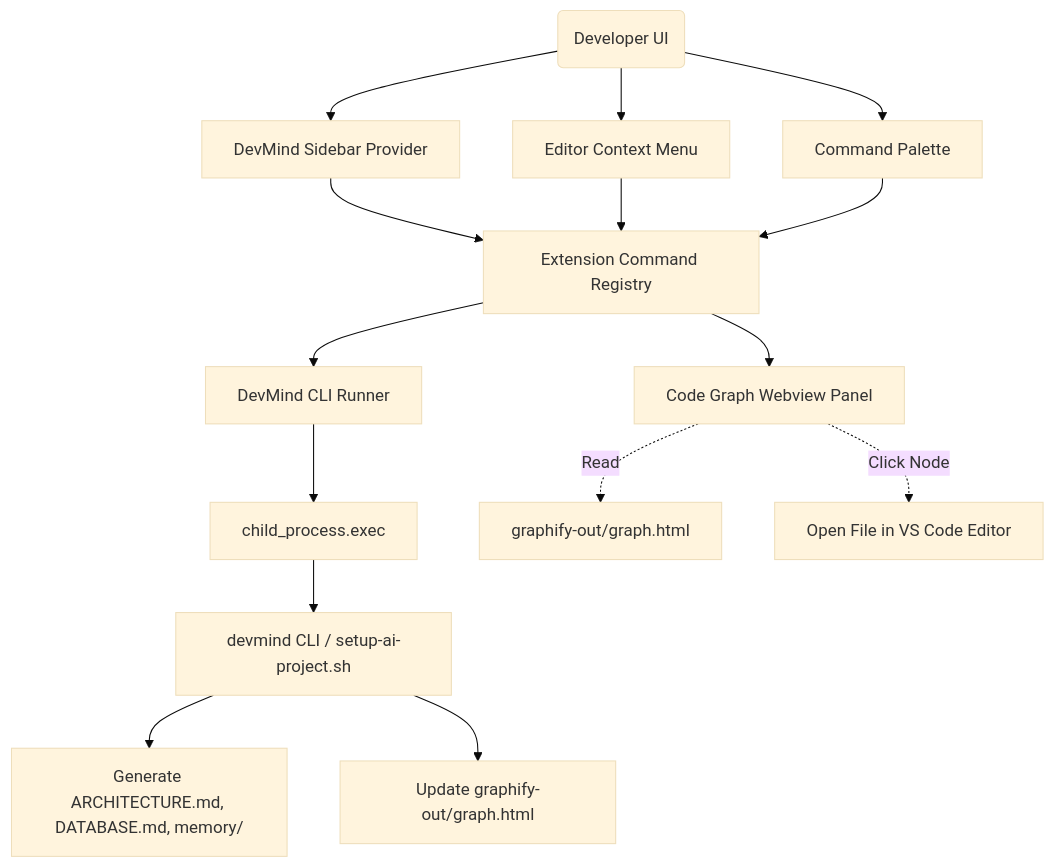
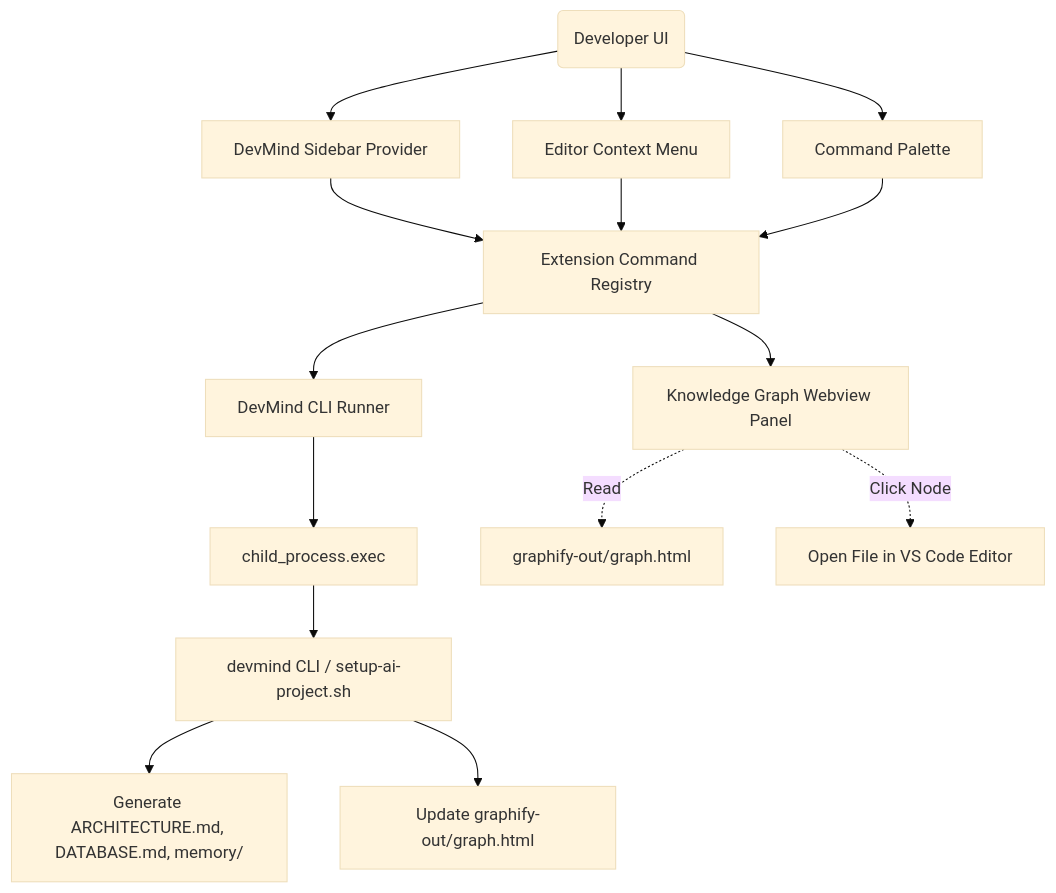
One commit to devinvento/DevMind changed the diagram in vscode-extension/vscode_extension_guide.md. Above: the diagram before and after it, drawn with Mermaid (base theme). The commit also changed other lines of this file and 15 other files, not shown here.

````diff
--- a/vscode-extension/vscode_extension_guide.md
+++ b/vscode-extension/vscode_extension_guide.md
@@ -11,21 +11,21 @@
 ```mermaid
 graph TD
     User(Developer UI) --> Sidebar[DevMind Sidebar Provider]
     User --> Editor[Editor Context Menu]
     User --> Palette[Command Palette]
 
     Sidebar --> Commands[Extension Command Registry]
     Editor --> Commands
     Palette --> Commands
 
     Commands --> Runner[DevMind CLI Runner]
-    Commands --> Webview[Code Graph Webview Panel]
+    Commands --> Webview[Knowledge Graph Webview Panel]
 
     Runner --> Exec[child_process.exec]
     Exec --> CLI[devmind CLI / setup-ai-project.sh]
     CLI --> Docs[Generate ARCHITECTURE.md, DATABASE.md, memory/]
     CLI --> Graphify[Update graphify-out/graph.html]
 
     Webview -.->|Read| GraphHTML[graphify-out/graph.html]
     Webview -.->|Click Node| EditorFocus[Open File in VS Code Editor]
 ```
````
